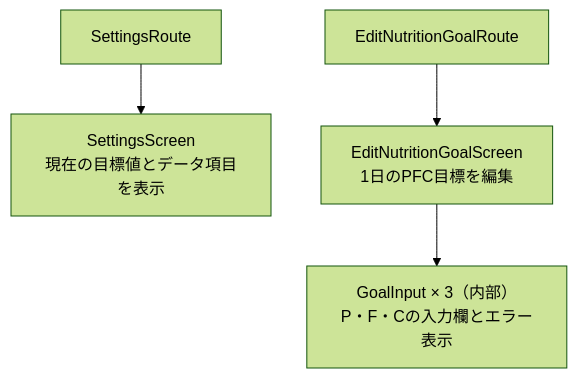
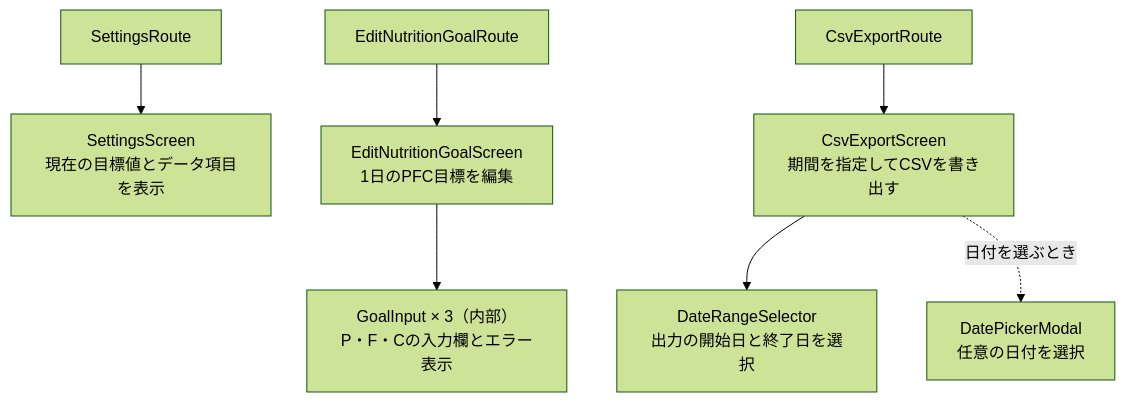
Before and after one commit to takahashi-toshiya/FoodLog: the ninth of 9 diagrams in docs/component-map.md, drawn with Mermaid (forest theme). The commit also changed other lines of this file and 24 other files, not shown here.

Commit message:
feat: add CSV export

````diff
--- a/docs/component-map.md
+++ b/docs/component-map.md
@@ -136,7 +137,11 @@
 ```mermaid
 flowchart TD
   SettingsRoute["SettingsRoute"] --> SettingsScreen["SettingsScreen<br/>現在の目標値とデータ項目を表示"]
 
   EditNutritionGoalRoute["EditNutritionGoalRoute"] --> EditNutritionGoalScreen["EditNutritionGoalScreen<br/>1日のPFC目標を編集"]
   EditNutritionGoalScreen --> GoalInput["GoalInput × 3（内部）<br/>P・F・Cの入力欄とエラー表示"]
+
+  CsvExportRoute["CsvExportRoute"] --> CsvExportScreen["CsvExportScreen<br/>期間を指定してCSVを書き出す"]
+  CsvExportScreen --> DateRangeSelector["DateRangeSelector<br/>出力の開始日と終了日を選択"]
+  CsvExportScreen -. 日付を選ぶとき .-> DatePickerModal["DatePickerModal<br/>任意の日付を選択"]
 ```
````
